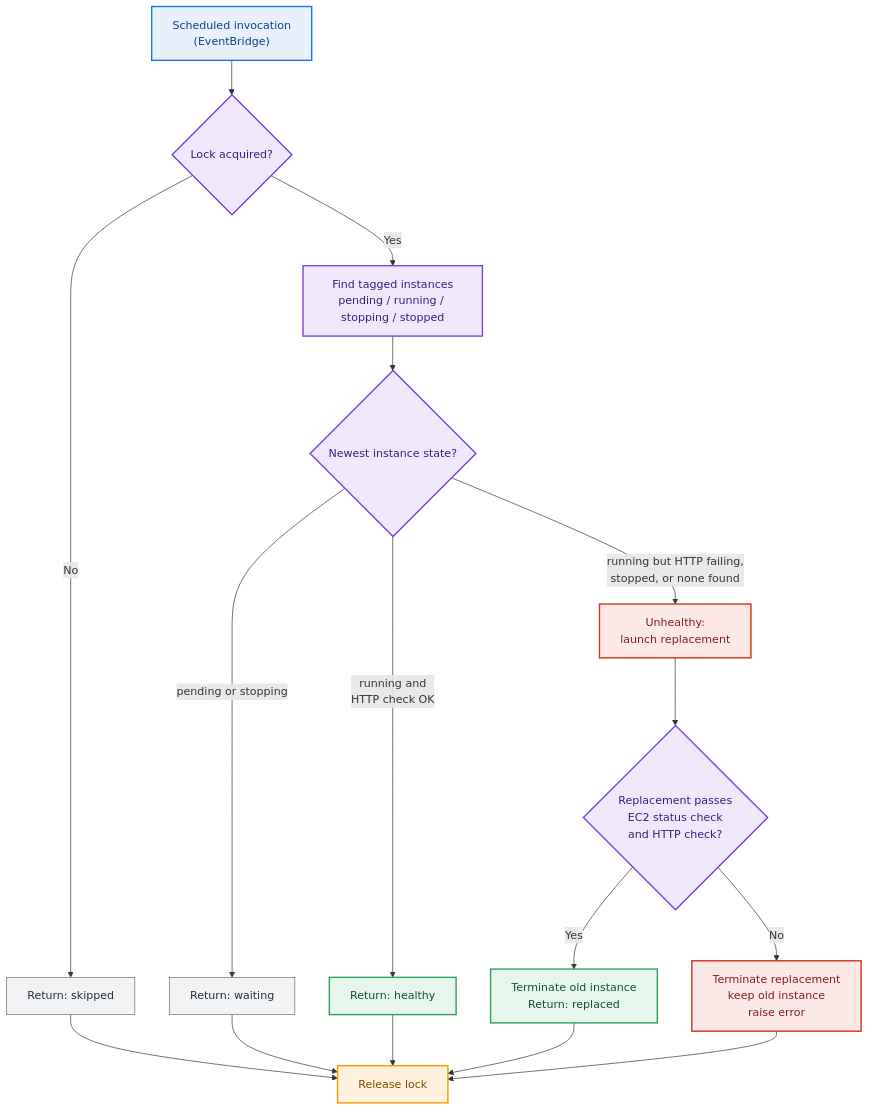
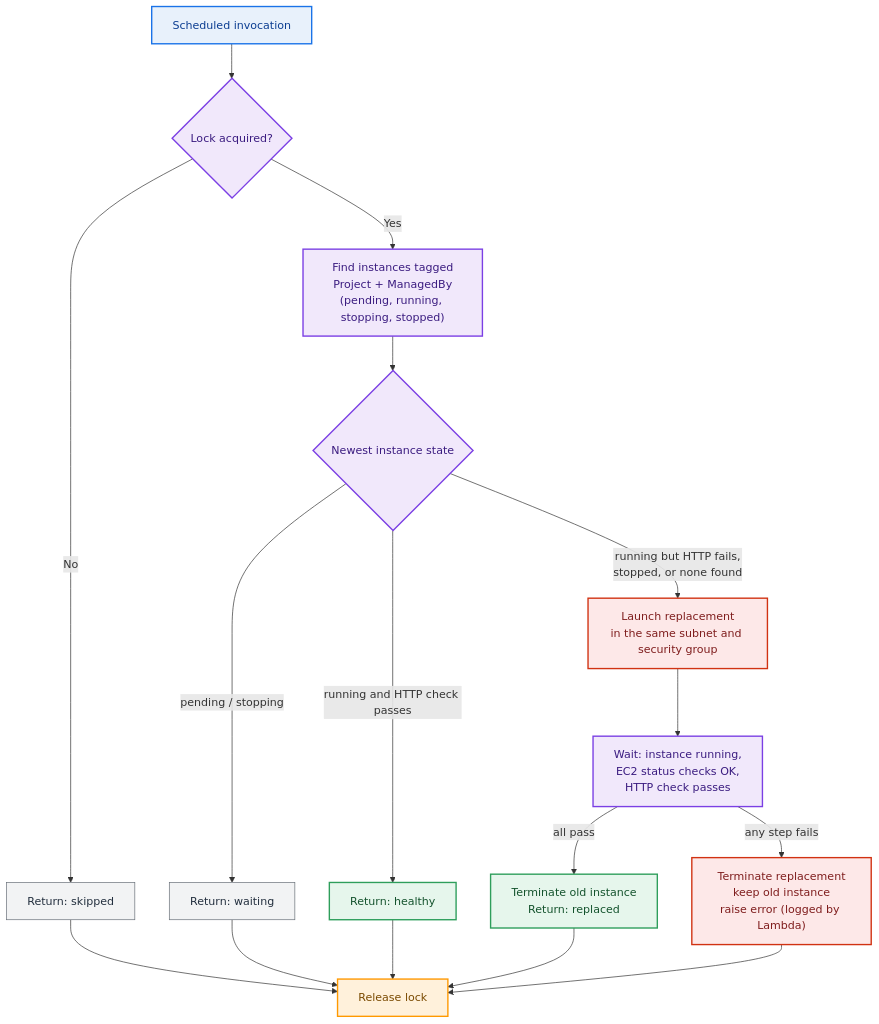
One commit to sabo1166/Automated-EC2-health-monitoring-and-recovery-using-AWS-Lambda-EventBridge-Terraform-and-Python. changed the second of 2 diagrams in README.md. Above: the diagram before and after it, drawn with Mermaid. The commit also changed other lines of this file, not shown here.

Commit message:
docs: improve self-healing EC2 project README

````diff
--- a/README.md
+++ b/README.md
@@ -120,25 +97,25 @@
 ```mermaid
 flowchart TD
-    A["Scheduled invocation<br/>(EventBridge)"]:::eventbridge --> B{"Lock acquired?"}:::lambda
-    B -- No --> S1["Return: skipped"]:::neutral
-    B -- Yes --> C["Find tagged instances<br/>pending / running / stopping / stopped"]:::lambda
-    C --> D{"Newest instance state?"}:::lambda
-    D -- "pending or stopping" --> W["Return: waiting"]:::neutral
-    D -- "running and<br/>HTTP check OK" --> H["Return: healthy"]:::healthy
-    D -- "running but HTTP failing,<br/>stopped, or none found" --> R["Unhealthy:<br/>launch replacement"]:::unhealthy
-    R --> V{"Replacement passes<br/>EC2 status check<br/>and HTTP check?"}:::lambda
-    V -- Yes --> T["Terminate old instance<br/>Return: replaced"]:::healthy
-    V -- No --> X["Terminate replacement<br/>keep old instance<br/>raise error"]:::unhealthy
-    S1 --> Z["Release lock"]:::lock
+    A["Scheduled invocation"]:::eb --> B{"Lock acquired?"}:::lam
+    B -- "No" --> S["Return: skipped"]:::neutral
+    B -- "Yes" --> C["Find instances tagged<br/>Project + ManagedBy<br/>(pending, running, stopping, stopped)"]:::lam
+    C --> D{"Newest instance state"}:::lam
+    D -- "pending / stopping" --> W["Return: waiting"]:::neutral
+    D -- "running and HTTP check passes" --> H["Return: healthy"]:::ok
+    D -- "running but HTTP fails,<br/>stopped, or none found" --> R["Launch replacement<br/>in the same subnet and security group"]:::bad
+    R --> V["Wait: instance running,<br/>EC2 status checks OK,<br/>HTTP check passes"]:::lam
+    V -- "all pass" --> T["Terminate old instance<br/>Return: replaced"]:::ok
+    V -- "any step fails" --> X["Terminate replacement<br/>keep old instance<br/>raise error (logged by Lambda)"]:::bad
+    S --> Z["Release lock"]:::lock
     W --> Z
     H --> Z
     T --> Z
     X --> Z
 
-    classDef eventbridge fill:#E8F1FB,stroke:#1A73E8,color:#0B3D91,stroke-width:2px
-    classDef lambda fill:#F1E8FB,stroke:#7B3FE4,color:#3B1C80,stroke-width:2px
-    classDef healthy fill:#E6F6EC,stroke:#2E9E5B,color:#14532D,stroke-width:2px
-    classDef unhealthy fill:#FDE8E8,stroke:#D13212,color:#7F1D1D,stroke-width:2px
+    classDef eb fill:#E8F1FB,stroke:#1A73E8,color:#0B3D91,stroke-width:2px
+    classDef lam fill:#F1E8FB,stroke:#7B3FE4,color:#3B1C80,stroke-width:2px
+    classDef ok fill:#E6F6EC,stroke:#2E9E5B,color:#14532D,stroke-width:2px
+    classDef bad fill:#FDE8E8,stroke:#D13212,color:#7F1D1D,stroke-width:2px
     classDef lock fill:#FFF1DB,stroke:#FF9900,color:#7A4A00,stroke-width:2px
     classDef neutral fill:#F2F3F4,stroke:#687078,color:#232F3E
 ```
````
